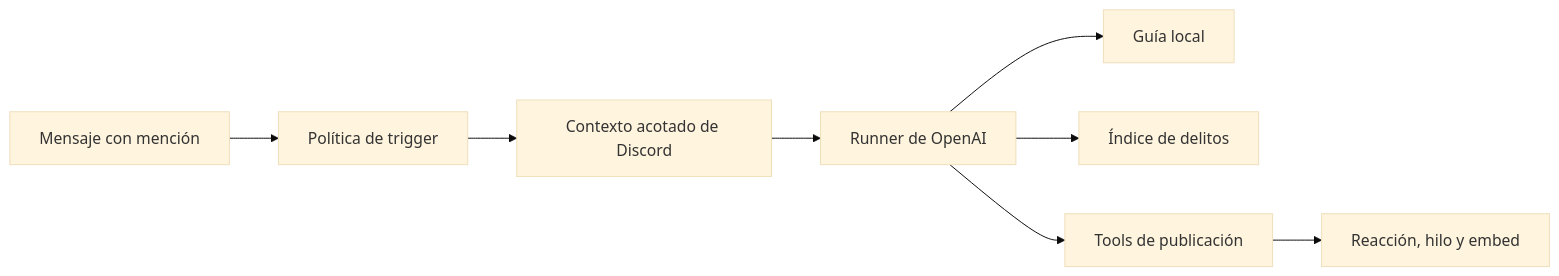
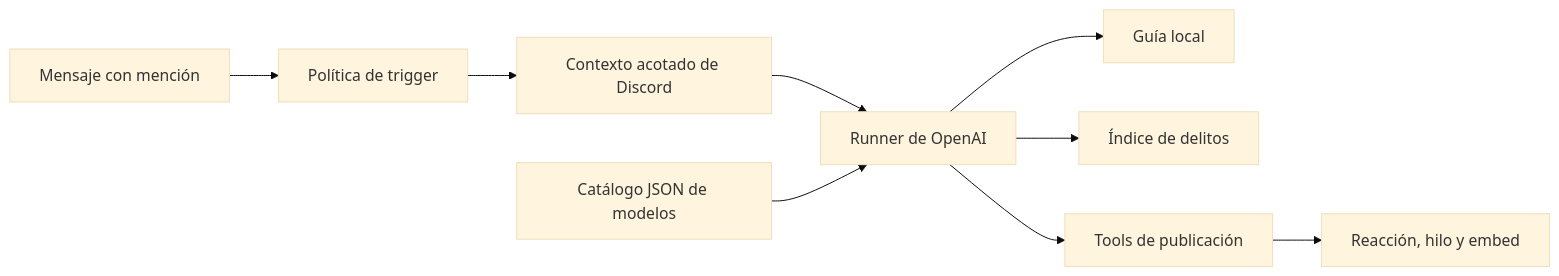
Before and after one commit to SouthViking/arrest-report-agent: the diagram in docs/ARCHITECTURE.md, drawn with Mermaid (base theme). The commit also changed other lines of this file and 17 other files, not shown here.

````diff
--- a/docs/ARCHITECTURE.md
+++ b/docs/ARCHITECTURE.md
@@ -5,10 +5,11 @@
 ```mermaid
 flowchart LR
     M["Mensaje con mención"] --> T["Política de trigger"]
     T --> C["Contexto acotado de Discord"]
     C --> R["Runner de OpenAI"]
+    J["Catálogo JSON de modelos"] --> R
     R --> G["Guía local"]
     R --> D["Índice de delitos"]
     R --> P["Tools de publicación"]
     P --> X["Reacción, hilo y embed"]
 ```
````
